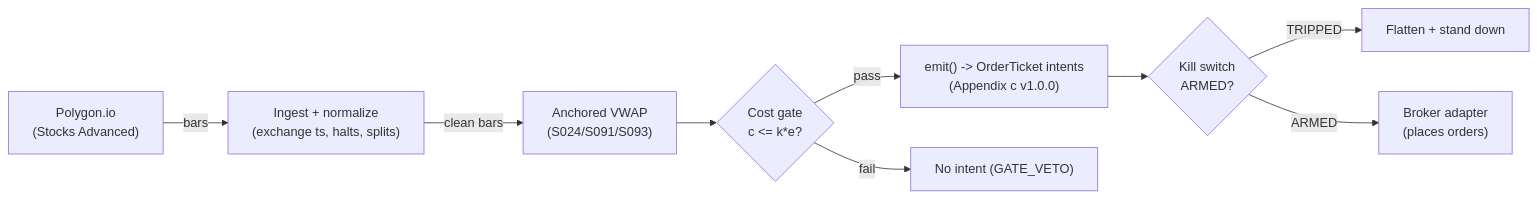
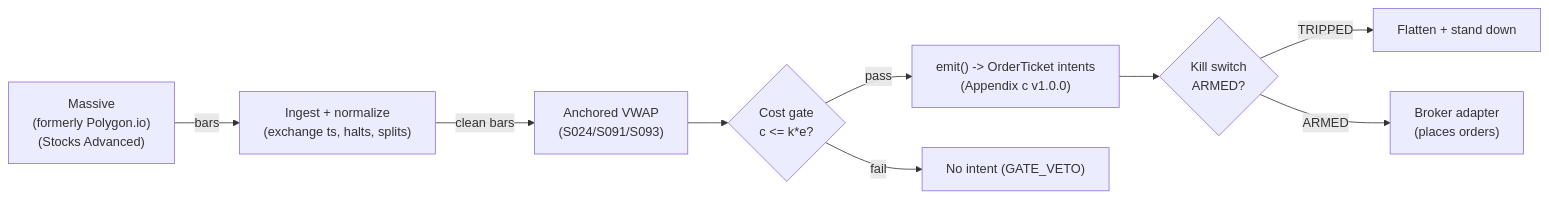
Before and after one commit to praveenguptahcl/quant-signals-deep: the diagram in modules/strategies/T067.md, drawn with Mermaid. The commit also changed other lines of this file and 275 other files, not shown here.

````diff
--- a/modules/strategies/T067.md
+++ b/modules/strategies/T067.md
@@ -398,12 +464,12 @@
 ```mermaid
 flowchart LR
-    FEED["Polygon.io\n(Stocks Advanced)"] -->|bars| ING["Ingest + normalize\n(exchange ts, halts, splits)"]
+    FEED["Massive\n(formerly Polygon.io)\n(Stocks Advanced)"] -->|bars| ING["Ingest + normalize\n(exchange ts, halts, splits)"]
     ING -->|clean bars| SIG["Anchored VWAP
 (S024/S091/S093)"]
     SIG --> GATE{"Cost gate\nc <= k*e?"}
     GATE -->|pass| EMIT["emit() -> OrderTicket intents\n(Appendix c v1.0.0)"]
     GATE -->|fail| DROP["No intent (GATE_VETO)"]
     EMIT --> KILL{"Kill switch\nARMED?"}
     KILL -->|TRIPPED| FLAT["Flatten + stand down"]
     KILL -->|ARMED| OUT["Broker adapter\n(places orders)"]
 ```
````
